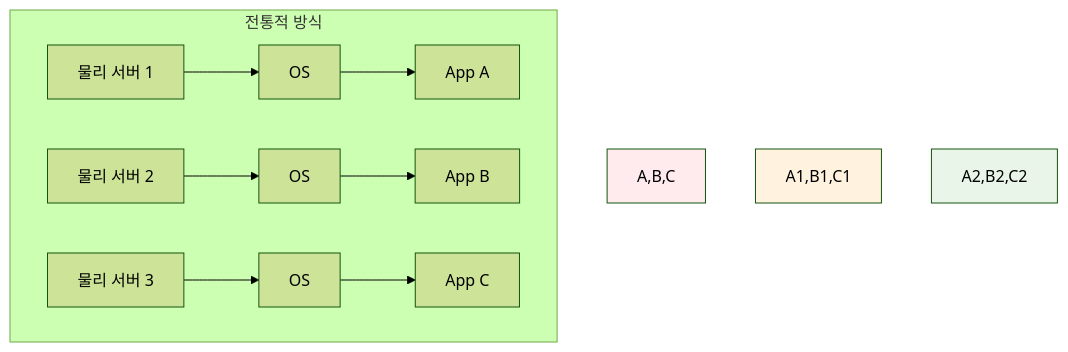
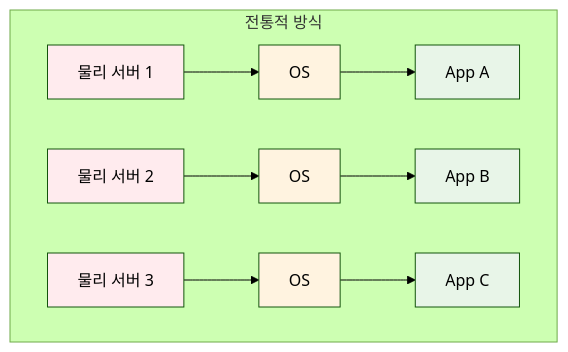
One commit to niceguy61/kdt_devops_lecture_2025 changed the second of 4 diagrams in theory/week_01/day2/session_1.md. Above: the diagram before and after it, drawn with Mermaid (forest theme). The commit also changed other lines of this file, not shown here.

````diff
--- a/theory/week_01/day2/session_1.md
+++ b/theory/week_01/day2/session_1.md
@@ -58,12 +58,18 @@
 ```mermaid
 graph TB
     subgraph "전통적 방식"
         A[물리 서버 1] --> A1[OS] --> A2[App A]
         B[물리 서버 2] --> B1[OS] --> B2[App B]
         C[물리 서버 3] --> C1[OS] --> C2[App C]
     end
     
-    style A,B,C fill:#ffebee
-    style A1,B1,C1 fill:#fff3e0
-    style A2,B2,C2 fill:#e8f5e8
+    style A fill:#ffebee
+    style B fill:#ffebee
+    style C fill:#ffebee
+    style A1 fill:#fff3e0
+    style B1 fill:#fff3e0
+    style C1 fill:#fff3e0
+    style A2 fill:#e8f5e8
+    style B2 fill:#e8f5e8
+    style C2 fill:#e8f5e8
 ```
````
